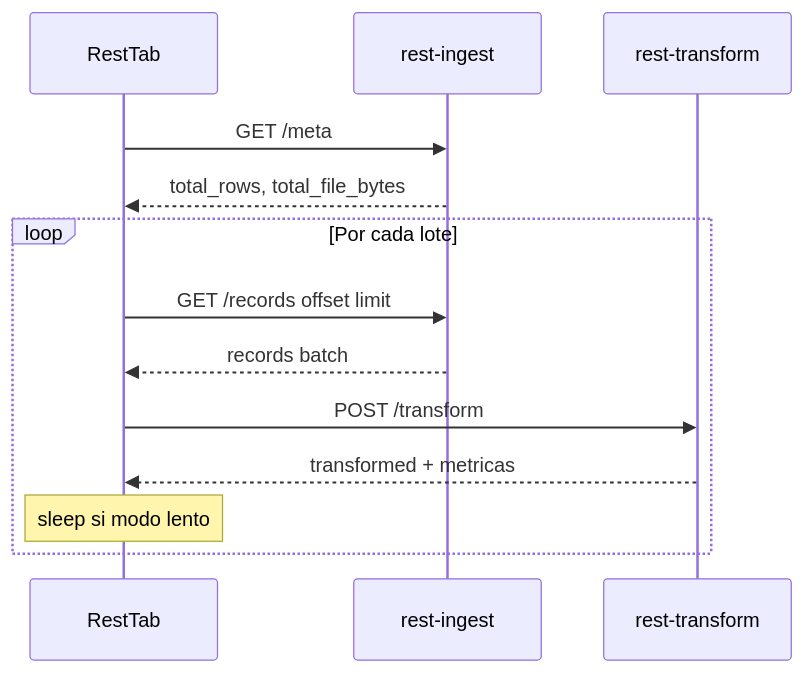
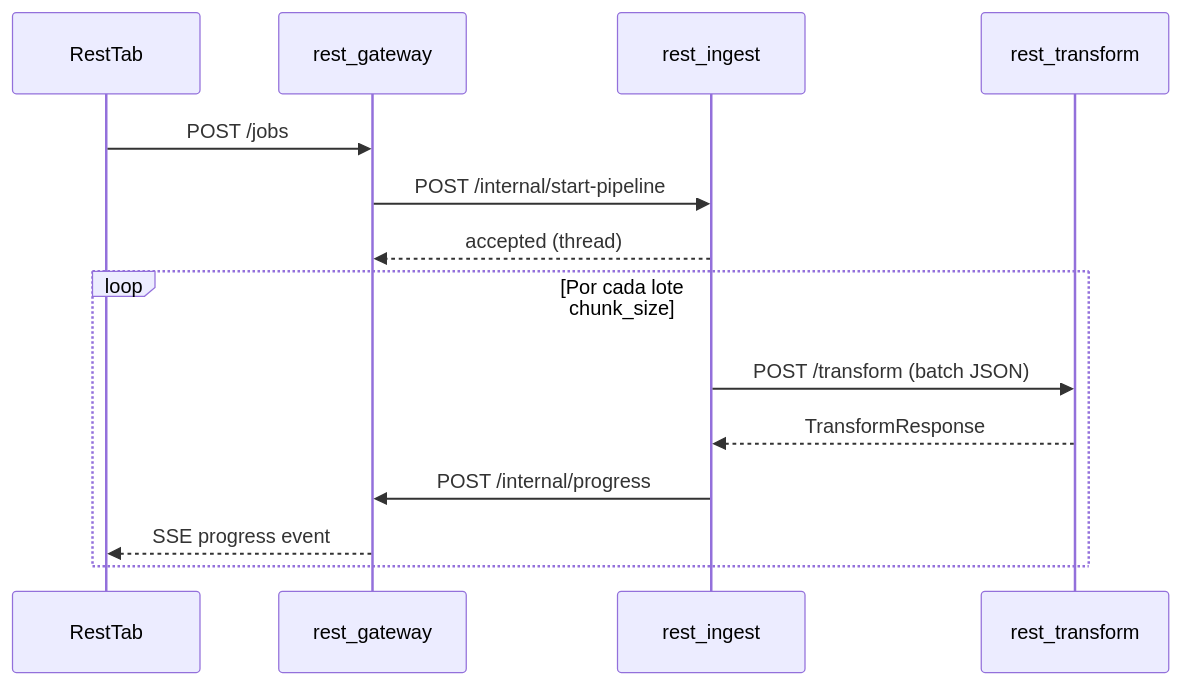
One commit to cccg8105/cccg_grpc_demo changed the third of 4 diagrams in docs/DESCRIPCION_TECNICA.md. Above: the diagram before and after it, drawn with Mermaid. The commit also changed other lines of this file and 46 other files, not shown here.

````diff
--- a/docs/DESCRIPCION_TECNICA.md
+++ b/docs/DESCRIPCION_TECNICA.md
@@ -173,17 +174,18 @@
 ```mermaid
 sequenceDiagram
   participant UI as RestTab
-  participant RI as rest-ingest
-  participant RT as rest-transform
+  participant GW as rest_gateway
+  participant RI as rest_ingest
+  participant RT as rest_transform
 
-  UI->>RI: GET /meta
-  RI-->>UI: total_rows, total_file_bytes
+  UI->>GW: POST /jobs
+  GW->>RI: POST /internal/start-pipeline
+  RI-->>GW: accepted (thread)
 
-  loop Por cada lote
-    UI->>RI: GET /records offset limit
-    RI-->>UI: records batch
-    UI->>RT: POST /transform
-    RT-->>UI: transformed + metricas
-    Note over UI: sleep si modo lento
+  loop Por cada lote chunk_size
+    RI->>RT: POST /transform (batch JSON)
+    RT-->>RI: TransformResponse
+    RI->>GW: POST /internal/progress
+    GW-->>UI: SSE progress event
   end
 ```
````
